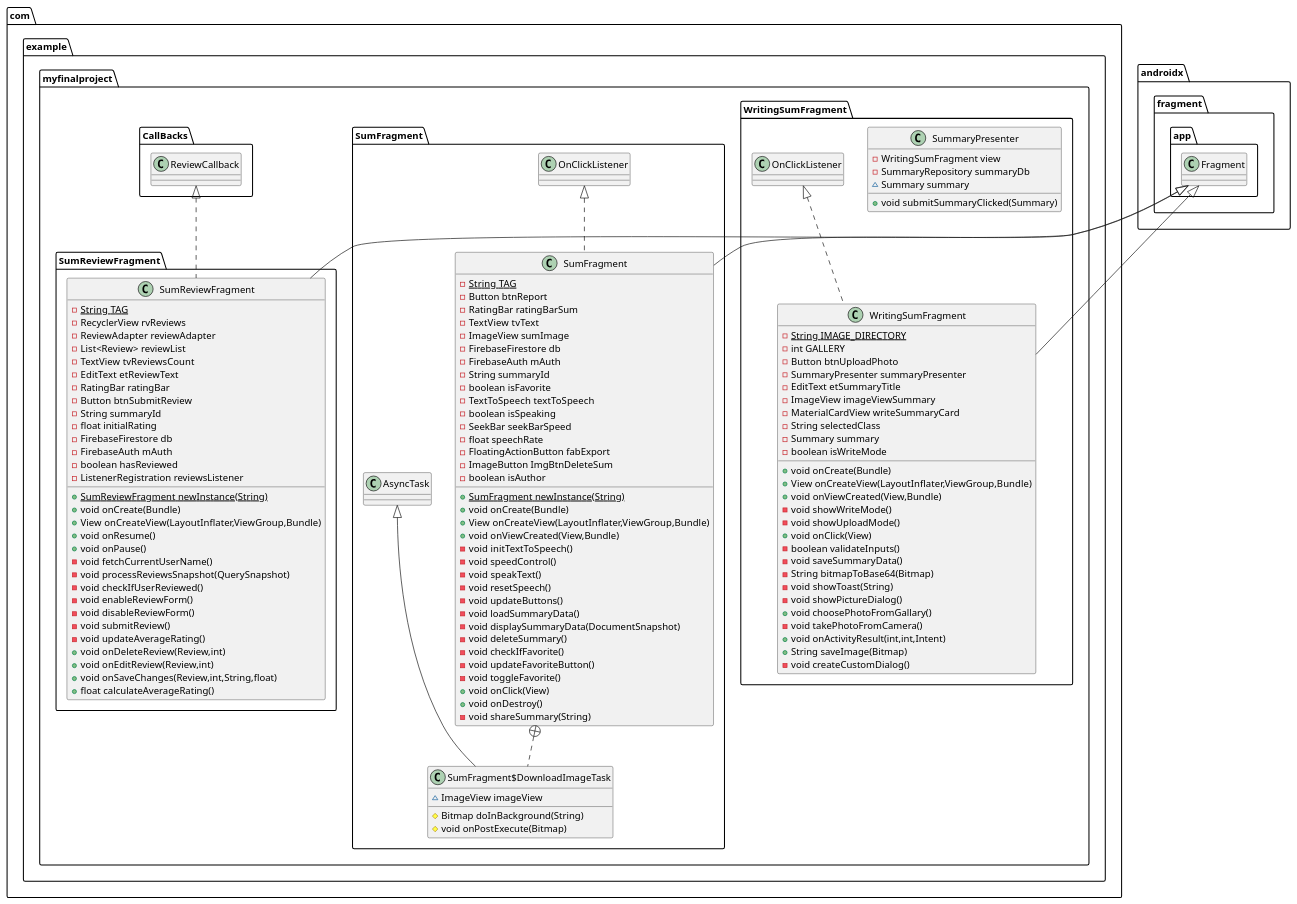
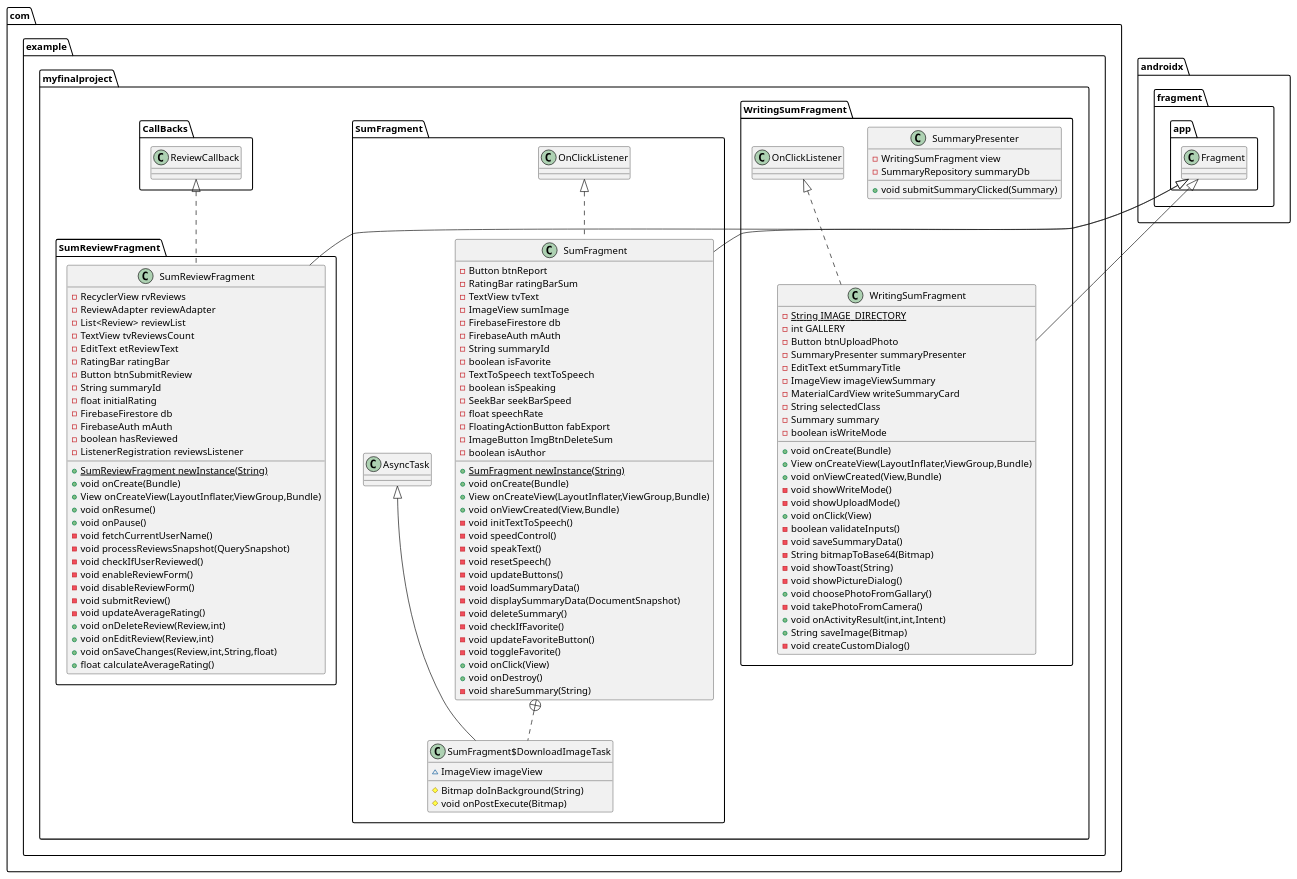
Before and after one commit to HilaLevy0409/myFinalProject: the diagram in S2.puml, drawn with PlantUML. The commit also changed 65 other files, not shown here.

```diff
--- a/S2.puml
+++ b/S2.puml
@@ -1,129 +1,126 @@
 @startuml
 class com.example.myfinalproject.WritingSumFragment.WritingSumFragment {
 - {static} String IMAGE_DIRECTORY
 - int GALLERY
 - Button btnUploadPhoto
 - SummaryPresenter summaryPresenter
 - EditText etSummaryTitle
 - ImageView imageViewSummary
 - MaterialCardView writeSummaryCard
 - String selectedClass
 - Summary summary
 - boolean isWriteMode
 + void onCreate(Bundle)
 + View onCreateView(LayoutInflater,ViewGroup,Bundle)
 + void onViewCreated(View,Bundle)
 - void showWriteMode()
 - void showUploadMode()
 + void onClick(View)
 - boolean validateInputs()
 - void saveSummaryData()
 - String bitmapToBase64(Bitmap)
 - void showToast(String)
 - void showPictureDialog()
 + void choosePhotoFromGallary()
 - void takePhotoFromCamera()
 + void onActivityResult(int,int,Intent)
 + String saveImage(Bitmap)
 - void createCustomDialog()
 }
 
 
 class com.example.myfinalproject.SumFragment.SumFragment {
-- {static} String TAG
 - Button btnReport
 - RatingBar ratingBarSum
 - TextView tvText
 - ImageView sumImage
 - FirebaseFirestore db
 - FirebaseAuth mAuth
 - String summaryId
 - boolean isFavorite
 - TextToSpeech textToSpeech
 - boolean isSpeaking
 - SeekBar seekBarSpeed
 - float speechRate
 - FloatingActionButton fabExport
 - ImageButton ImgBtnDeleteSum
 - boolean isAuthor
 + {static} SumFragment newInstance(String)
 + void onCreate(Bundle)
 + View onCreateView(LayoutInflater,ViewGroup,Bundle)
 + void onViewCreated(View,Bundle)
 - void initTextToSpeech()
 - void speedControl()
 - void speakText()
 - void resetSpeech()
 - void updateButtons()
 - void loadSummaryData()
 - void displaySummaryData(DocumentSnapshot)
 - void deleteSummary()
 - void checkIfFavorite()
 - void updateFavoriteButton()
 - void toggleFavorite()
 + void onClick(View)
 + void onDestroy()
 - void shareSummary(String)
 }
 
 
 class com.example.myfinalproject.SumFragment.SumFragment$DownloadImageTask {
 ~ ImageView imageView
 # Bitmap doInBackground(String)
 # void onPostExecute(Bitmap)
 }
 
 
 class com.example.myfinalproject.WritingSumFragment.SummaryPresenter {
 - WritingSumFragment view
 - SummaryRepository summaryDb
-~ Summary summary
 + void submitSummaryClicked(Summary)
 }
 
 
 class com.example.myfinalproject.SumReviewFragment.SumReviewFragment {
-- {static} String TAG
 - RecyclerView rvReviews
 - ReviewAdapter reviewAdapter
 - List<Review> reviewList
 - TextView tvReviewsCount
 - EditText etReviewText
 - RatingBar ratingBar
 - Button btnSubmitReview
 - String summaryId
 - float initialRating
 - FirebaseFirestore db
 - FirebaseAuth mAuth
 - boolean hasReviewed
 - ListenerRegistration reviewsListener
 + {static} SumReviewFragment newInstance(String)
 + void onCreate(Bundle)
 + View onCreateView(LayoutInflater,ViewGroup,Bundle)
 + void onResume()
 + void onPause()
 - void fetchCurrentUserName()
 - void processReviewsSnapshot(QuerySnapshot)
 - void checkIfUserReviewed()
 - void enableReviewForm()
 - void disableReviewForm()
 - void submitReview()
 - void updateAverageRating()
 + void onDeleteReview(Review,int)
 + void onEditReview(Review,int)
 + void onSaveChanges(Review,int,String,float)
 + float calculateAverageRating()
 }
 
 
 
 
 com.example.myfinalproject.WritingSumFragment.OnClickListener <|.. com.example.myfinalproject.WritingSumFragment.WritingSumFragment
 androidx.fragment.app.Fragment <|-- com.example.myfinalproject.WritingSumFragment.WritingSumFragment
 com.example.myfinalproject.SumFragment.OnClickListener <|.. com.example.myfinalproject.SumFragment.SumFragment
 androidx.fragment.app.Fragment <|-- com.example.myfinalproject.SumFragment.SumFragment
 com.example.myfinalproject.SumFragment.SumFragment +.. com.example.myfinalproject.SumFragment.SumFragment$DownloadImageTask
 com.example.myfinalproject.SumFragment.AsyncTask <|-- com.example.myfinalproject.SumFragment.SumFragment$DownloadImageTask
 com.example.myfinalproject.CallBacks.ReviewCallback <|.. com.example.myfinalproject.SumReviewFragment.SumReviewFragment
 androidx.fragment.app.Fragment <|-- com.example.myfinalproject.SumReviewFragment.SumReviewFragment
 @enduml
```
